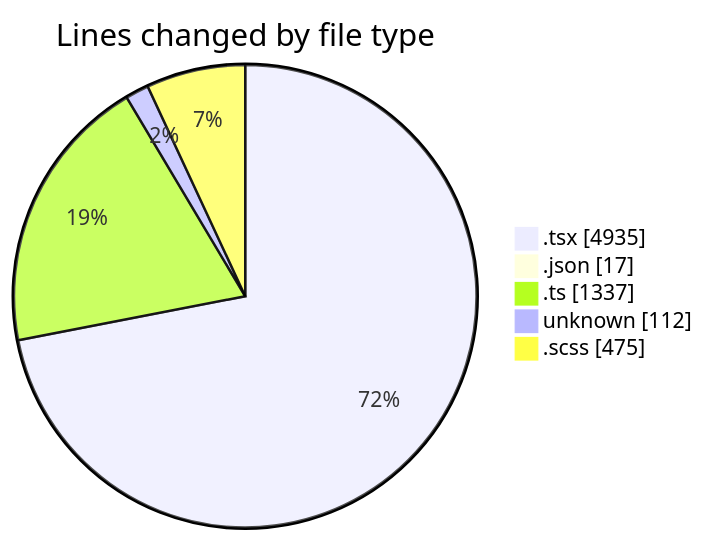
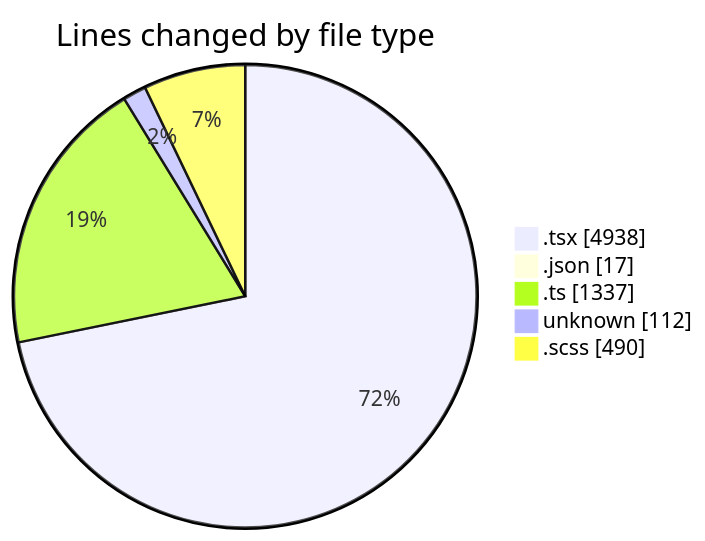
Before and after one commit to momahboobian/code-tracking: the first of 2 diagrams in 2026-04-30/cda/README.md, drawn with Mermaid. The commit also changed other lines of this file and 1 other file, not shown here.

````diff
--- a/2026-04-30/cda/README.md
+++ b/2026-04-30/cda/README.md
@@ -69,9 +69,9 @@
 ```mermaid
 pie showData
 title Lines changed by file type
-".tsx" : 4935
+".tsx" : 4938
 ".json" : 17
 ".ts" : 1337
 "unknown" : 112
-".scss" : 475
+".scss" : 490
 ```
````
